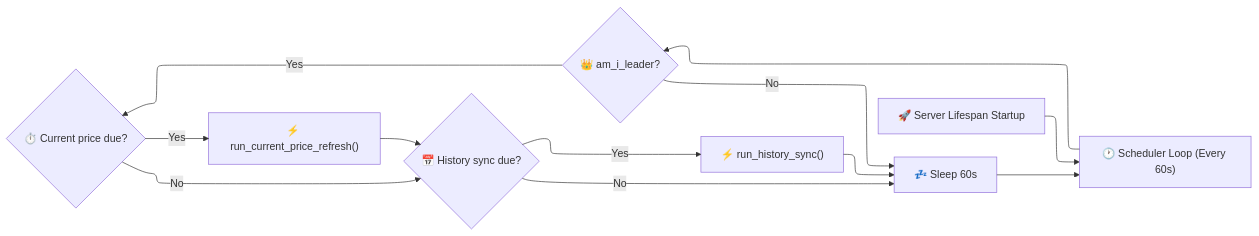
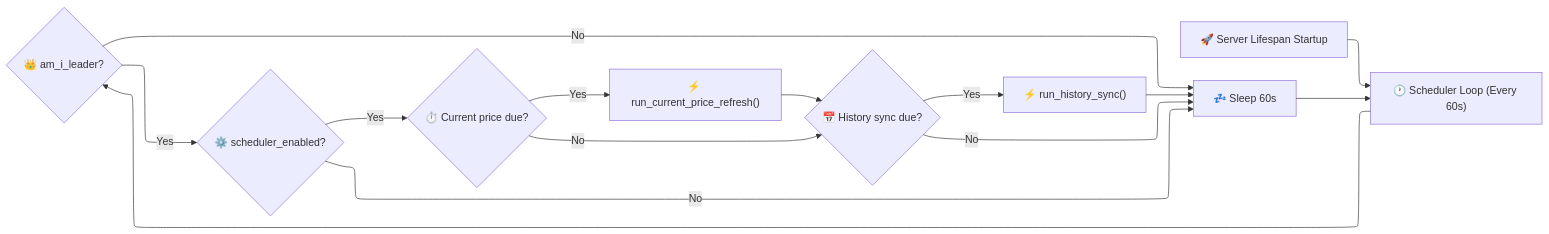
The diagram in mkdocs_src/docs/developer/backend/scheduler.md (Librefolio/LibreFolio), drawn with Mermaid before and after one commit. The commit also changed other lines of this file and 21 other files, not shown here.

````diff
--- a/mkdocs_src/docs/developer/backend/scheduler.md
+++ b/mkdocs_src/docs/developer/backend/scheduler.md
@@ -11,23 +11,26 @@
 ```mermaid
 ---
 config:
   layout: elk
 ---
 graph LR
     Start["🚀 Server Lifespan Startup"] --> Loop["🕐 Scheduler Loop (Every 60s)"]
     Loop --> Leader{"👑 am_i_leader?"}
     
     Leader -->|No| Sleep["💤 Sleep 60s"]
-    Leader -->|Yes| CheckCurrent{"⏱️ Current price due?"}
+    Leader -->|Yes| Enabled{"⚙️ scheduler_enabled?"}
+
+    Enabled -->|No| Sleep
+    Enabled -->|Yes| CheckCurrent{"⏱️ Current price due?"}
     
     CheckCurrent -->|Yes| RunCurrent["⚡ run_current_price_refresh()"]
     CheckCurrent -->|No| CheckHistory{"📅 History sync due?"}
     
     RunCurrent --> CheckHistory
     
     CheckHistory -->|Yes| RunHistory["⚡ run_history_sync()"]
     CheckHistory -->|No| Sleep
     
     RunHistory --> Sleep
     Sleep --> Loop
 ```
````
